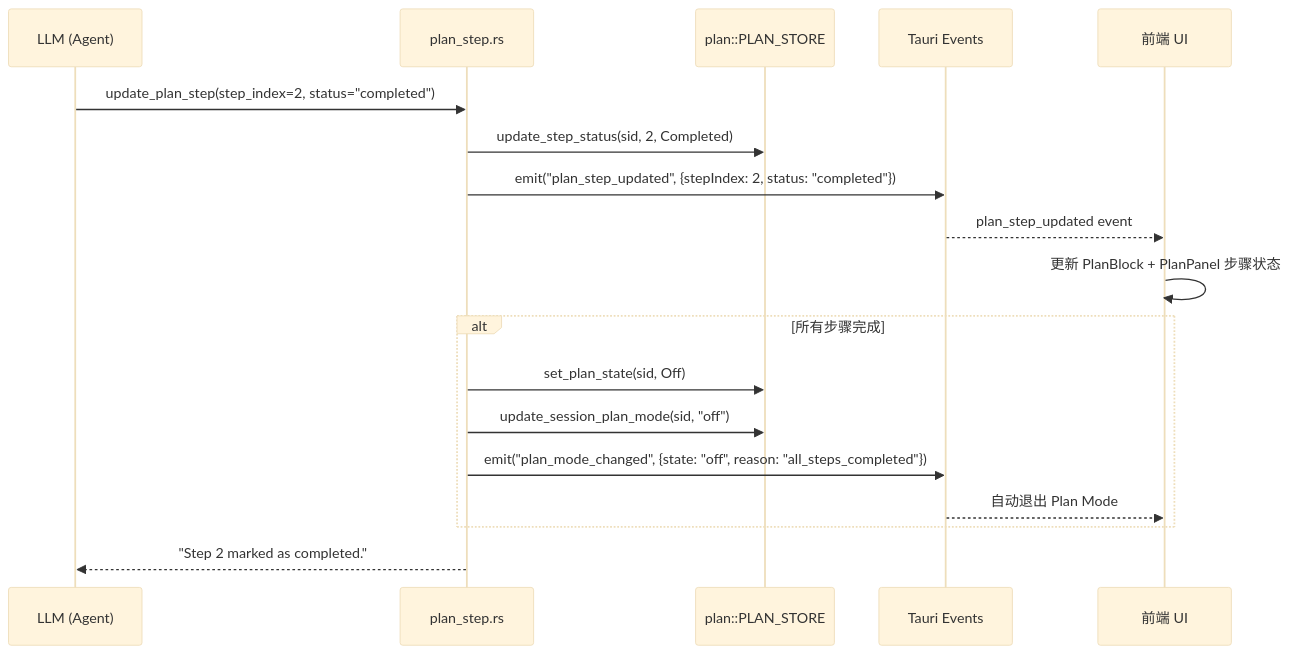
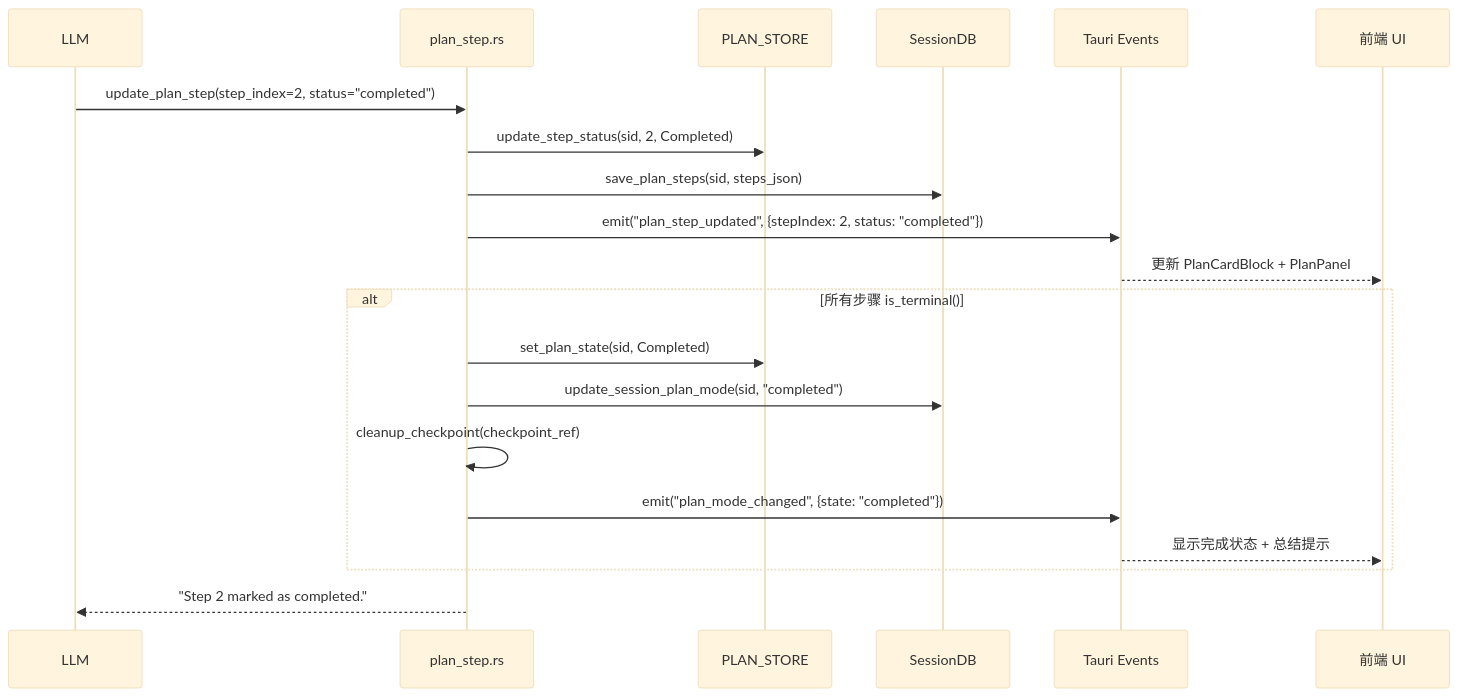
Before and after one commit to shiwenwen/hope-agent: the fifth of 10 diagrams in docs/plan-mode.md, drawn with Mermaid (base theme). The commit also changed other lines of this file and 11 other files, not shown here.

First line of the commit message:
refactor: Plan Mode 双 Agent 架构重构 + PlanCardBlock 展开功能

````diff
--- a/docs/plan-mode.md
+++ b/docs/plan-mode.md
@@ -323,23 +533,25 @@
 ```mermaid
 sequenceDiagram
-    participant LLM as LLM (Agent)
+    participant LLM
     participant Tool as plan_step.rs
-    participant Store as plan::PLAN_STORE
+    participant Store as PLAN_STORE
+    participant DB as SessionDB
     participant Tauri as Tauri Events
     participant UI as 前端 UI
 
     LLM->>Tool: update_plan_step(step_index=2, status="completed")
     Tool->>Store: update_step_status(sid, 2, Completed)
+    Tool->>DB: save_plan_steps(sid, steps_json)
     Tool->>Tauri: emit("plan_step_updated", {stepIndex: 2, status: "completed"})
-    Tauri-->>UI: plan_step_updated event
-    UI->>UI: 更新 PlanBlock + PlanPanel 步骤状态
+    Tauri-->>UI: 更新 PlanCardBlock + PlanPanel
 
-    alt 所有步骤完成
-        Tool->>Store: set_plan_state(sid, Off)
-        Tool->>Store: update_session_plan_mode(sid, "off")
-        Tool->>Tauri: emit("plan_mode_changed", {state: "off", reason: "all_steps_completed"})
-        Tauri-->>UI: 自动退出 Plan Mode
+    alt 所有步骤 is_terminal()
+        Tool->>Store: set_plan_state(sid, Completed)
+        Tool->>DB: update_session_plan_mode(sid, "completed")
+        Tool->>Tool: cleanup_checkpoint(checkpoint_ref)
+        Tool->>Tauri: emit("plan_mode_changed", {state: "completed"})
+        Tauri-->>UI: 显示完成状态 + 总结提示
     end
 
     Tool-->>LLM: "Step 2 marked as completed."
 ```
````
